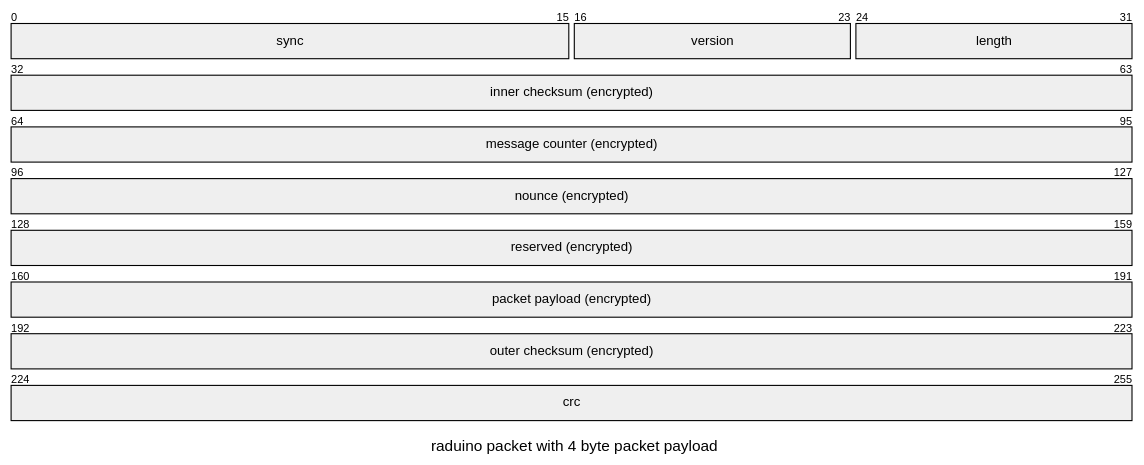
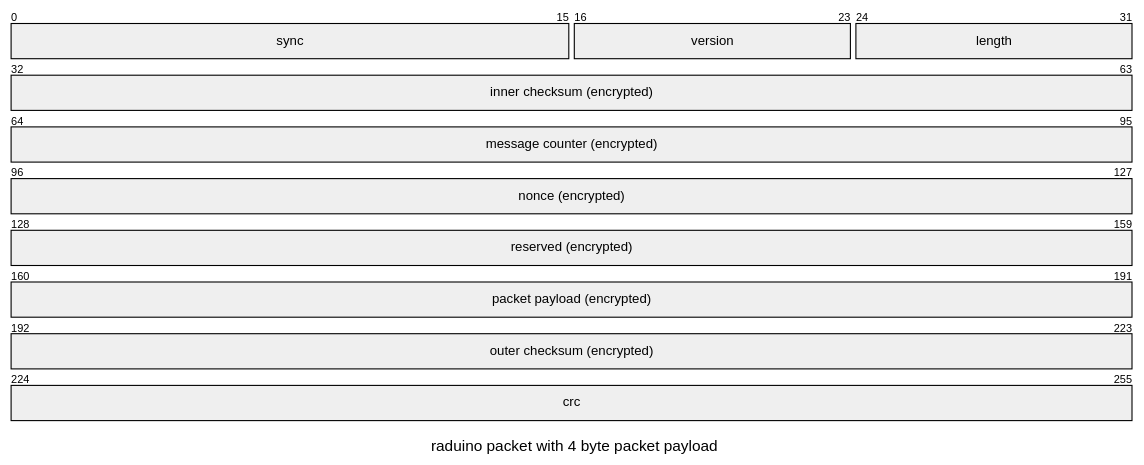
One commit to LarsIndresaeter/radio-arduino changed the second of 5 diagrams in doc/explanation/interface/binary-protocol-interface.md. Above: the diagram before and after it, drawn with Mermaid. The commit also changed 15 other files, not shown here.

````diff
--- a/doc/explanation/interface/binary-protocol-interface.md
+++ b/doc/explanation/interface/binary-protocol-interface.md
@@ -19,16 +19,16 @@
 ```mermaid
 ---
 title: "raduino packet with 4 byte packet payload"
 ---
 packet
 0-15: "sync"
 16-23: "version"
 24-31: "length"
 32-63: "inner checksum (encrypted)"
 64-95: "message counter (encrypted)"
-96-127: "nounce (encrypted)"
+96-127: "nonce (encrypted)"
 128-159: "reserved (encrypted)"
 160-191: "packet payload (encrypted)"
 192-223: "outer checksum (encrypted)"
 224-255: "crc"
 ```
````
